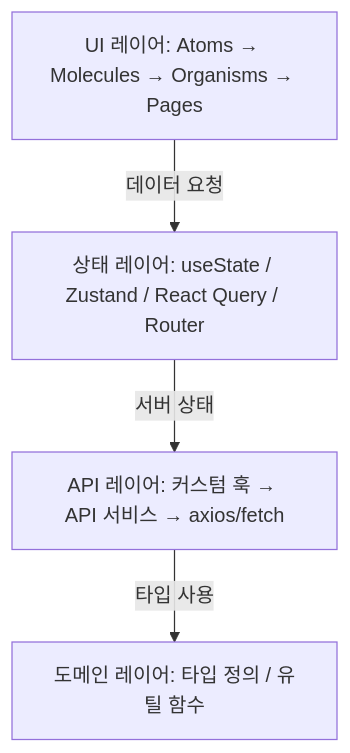
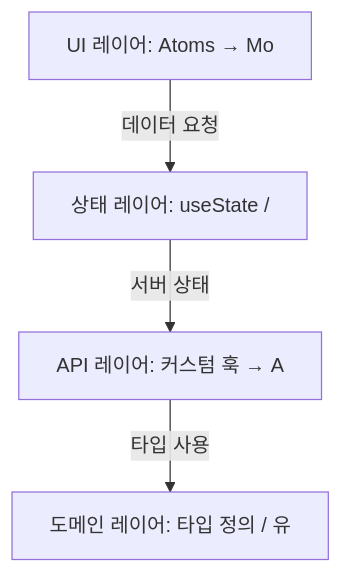
One commit to yjkim2015/yjkim2015.github.io changed the first of 8 diagrams in _posts/frontend/2026-05-01-frontend-architecture.md. Above: the diagram before and after it, drawn with Mermaid. The commit also changed other lines of this file and 271 other files, not shown here.

First line of the commit message:
Mermaid 라벨 축소: 긴 노드 텍스트 18자 이하로 트림 + \n 제거

````diff
--- a/_posts/frontend/2026-05-01-frontend-architecture.md
+++ b/_posts/frontend/2026-05-01-frontend-architecture.md
@@ -26,10 +26,10 @@
 ```mermaid
 flowchart TD
-    UI["UI 레이어: Atoms → Molecules → Organisms → Pages"]
-    STATE["상태 레이어: useState / Zustand / React Query / Router"]
-    API["API 레이어: 커스텀 훅 → API 서비스 → axios/fetch"]
-    DOMAIN["도메인 레이어: 타입 정의 / 유틸 함수"]
+    UI["UI 레이어: Atoms → Mo"]
+    STATE["상태 레이어: useState /"]
+    API["API 레이어: 커스텀 훅 → A"]
+    DOMAIN["도메인 레이어: 타입 정의 / 유"]
     UI -->|"데이터 요청"| STATE
     STATE -->|"서버 상태"| API
     API -->|"타입 사용"| DOMAIN
 ```
````
